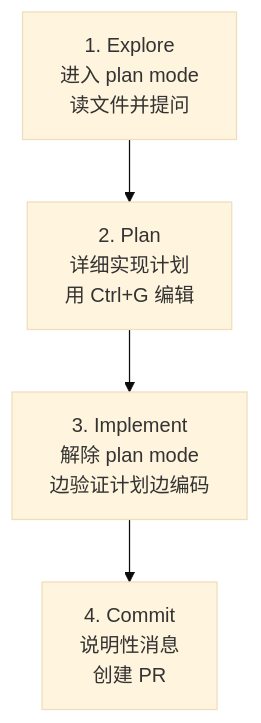
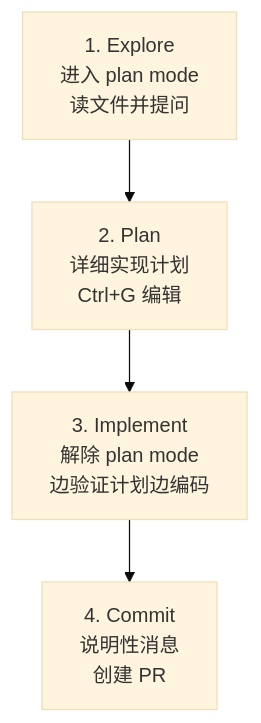
One commit to modu-ai/moai-adk changed the diagram in docs-site/content/zh/claude-code/agentic/best-practices.md. Above: the diagram before and after it, drawn with Mermaid (base theme). The commit also changed other lines of this file and 25 other files, not shown here.

````diff
--- a/docs-site/content/zh/claude-code/agentic/best-practices.md
+++ b/docs-site/content/zh/claude-code/agentic/best-practices.md
@@ -41,6 +49,6 @@
 ```mermaid
 flowchart TD
-    A["1. Explore<br/>进入 plan mode<br/>读文件并提问"] --> B["2. Plan<br/>详细实现计划<br/>用 Ctrl+G 编辑"]
+    A["1. Explore<br/>进入 plan mode<br/>读文件并提问"] --> B["2. Plan<br/>详细实现计划<br/>Ctrl+G 编辑"]
     B --> C["3. Implement<br/>解除 plan mode<br/>边验证计划边编码"]
     C --> D["4. Commit<br/>说明性消息<br/>创建 PR"]
 ```
````
